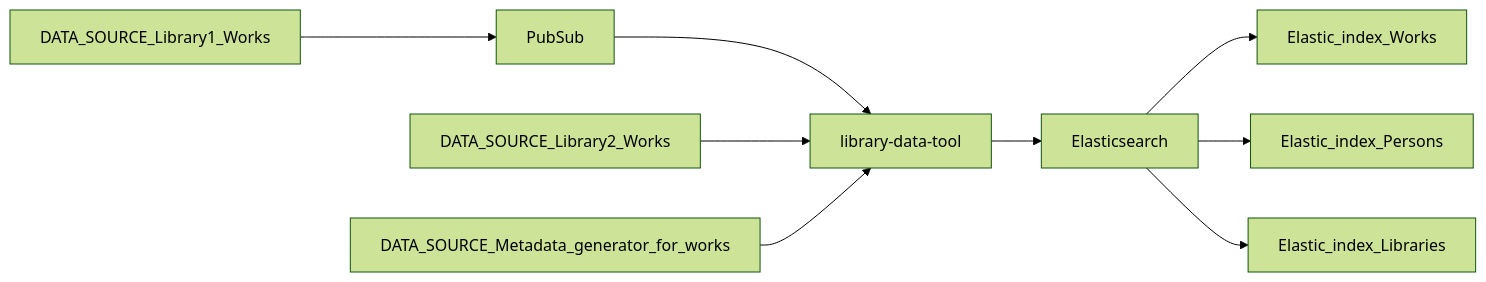
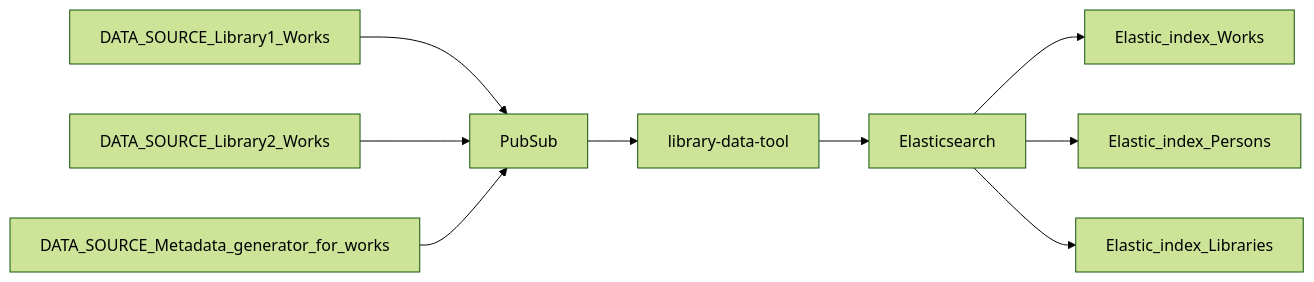
One commit to purplebugs/library-data-tool changed the diagram in README.md. Above: the diagram before and after it, drawn with Mermaid (forest theme).

Commit message:
More via PubSub

````diff
--- a/README.md
+++ b/README.md
@@ -14,11 +14,11 @@
 ```mermaid
 graph LR;
     DATA_SOURCE_Library1_Works-->PubSub;
+    DATA_SOURCE_Library2_Works-->PubSub;
+    DATA_SOURCE_Metadata_generator_for_works-->PubSub;
     PubSub-->library-data-tool;
-    DATA_SOURCE_Library2_Works-->library-data-tool;
-    DATA_SOURCE_Metadata_generator_for_works-->library-data-tool;
     library-data-tool-->Elasticsearch;
     Elasticsearch-->Elastic_index_Works;
     Elasticsearch-->Elastic_index_Persons;
     Elasticsearch-->Elastic_index_Libraries;
 ```
````
